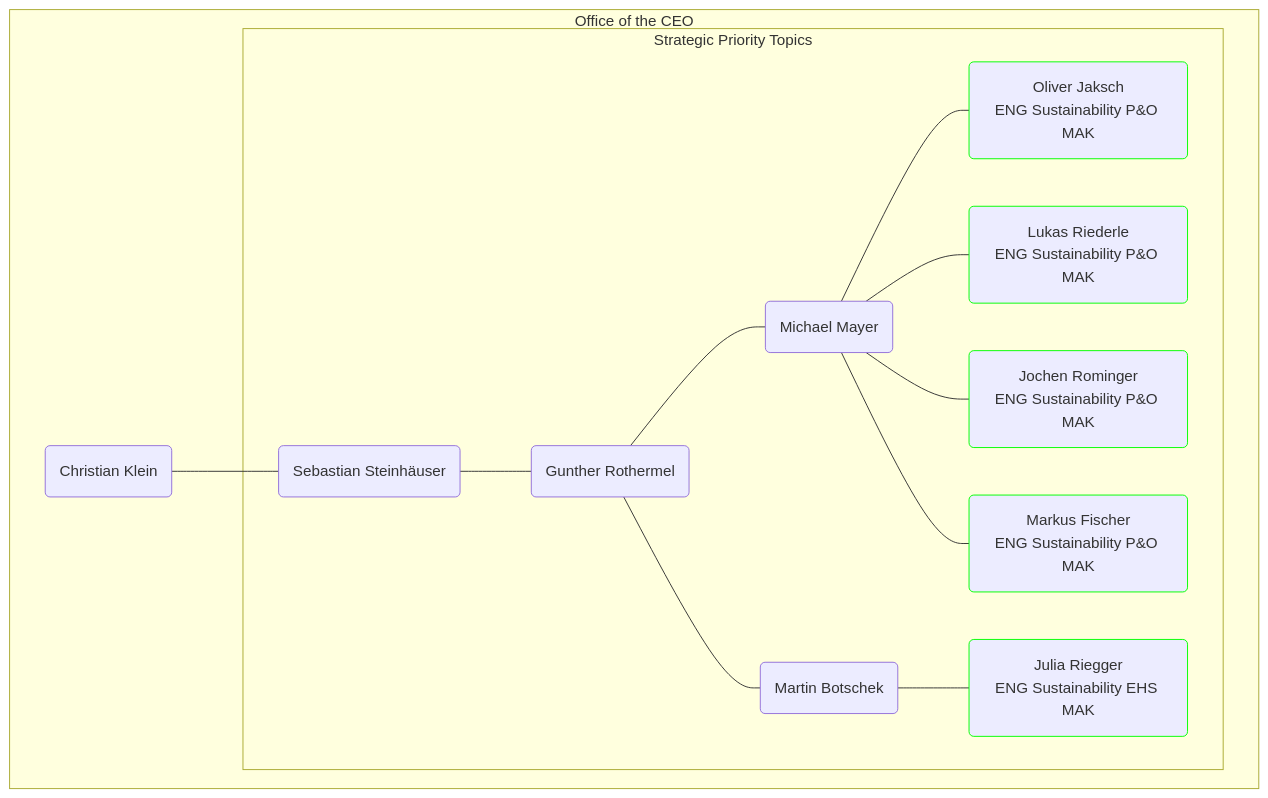
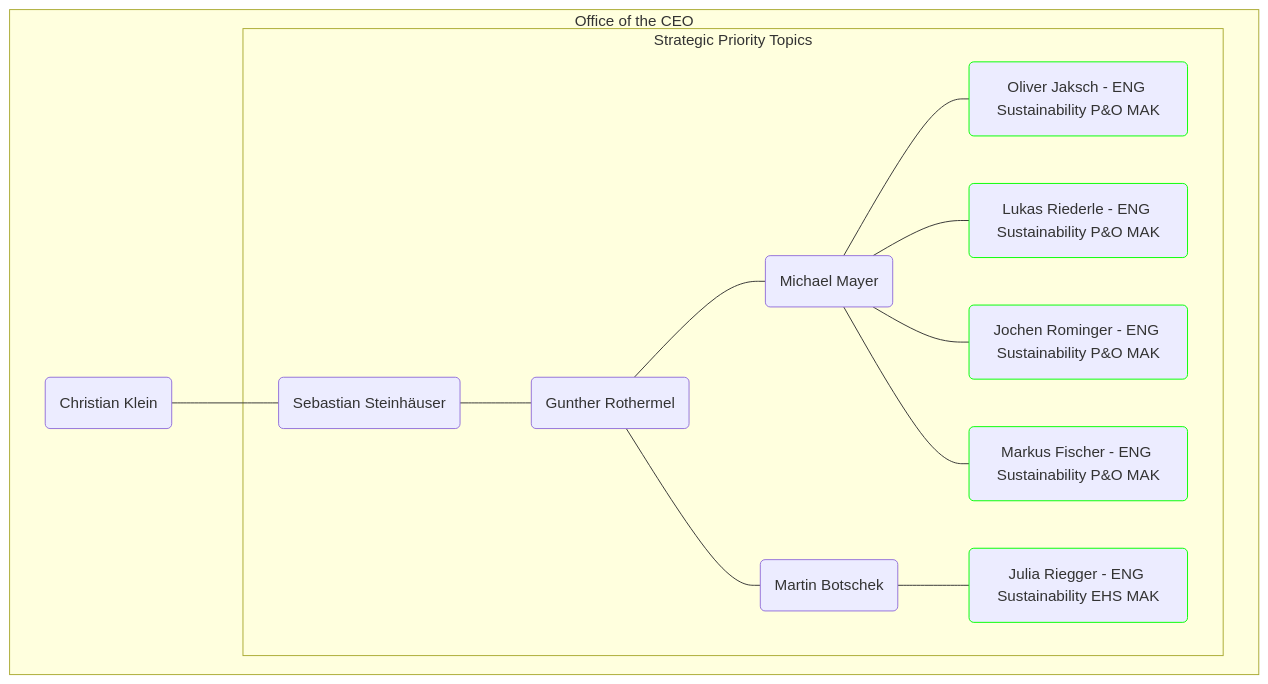
One commit to appenmaier/vt_markdorf changed the first of 3 diagrams in contacts.md. Above: the diagram before and after it, drawn with Mermaid. The commit also changed other lines of this file, not shown here.

````diff
--- a/contacts.md
+++ b/contacts.md
@@ -7,33 +7,33 @@
 ```mermaid
 flowchart TD
     ck --- ss
     ss --- gr
     gr --- mm
     gr --- mb
     mm --- oj
     mm --- lr
     mm --- jr2
     mm --- mf
     mb --- jr
 
     subgraph Office of the CEO
         ck(Christian Klein)
         subgraph Strategic Priority Topics
-            oj(Oliver Jaksch\nENG Sustainability P&O MAK)
-            lr(Lukas Riederle\nENG Sustainability P&O MAK)
-            jr(Julia Riegger\nENG Sustainability EHS MAK)
-            mf(Markus Fischer\nENG Sustainability P&O MAK)
-            jr2(Jochen Rominger\nENG Sustainability P&O MAK)
+            oj(Oliver Jaksch - ENG Sustainability P&O MAK)
+            lr(Lukas Riederle - ENG Sustainability P&O MAK)
+            jr(Julia Riegger - ENG Sustainability EHS MAK)
+            mf(Markus Fischer - ENG Sustainability P&O MAK)
+            jr2(Jochen Rominger - ENG Sustainability P&O MAK)
             mm(Michael Mayer)
             mb(Martin Botschek)
             gr(Gunther Rothermel)
             ss(Sebastian Steinhäuser)
         end
     end
 
     style oj stroke:#0f0
     style jr stroke:#0f0
     style lr stroke:#0f0
     style mf stroke:#0f0
     style jr2 stroke:#0f0
 ```
````
